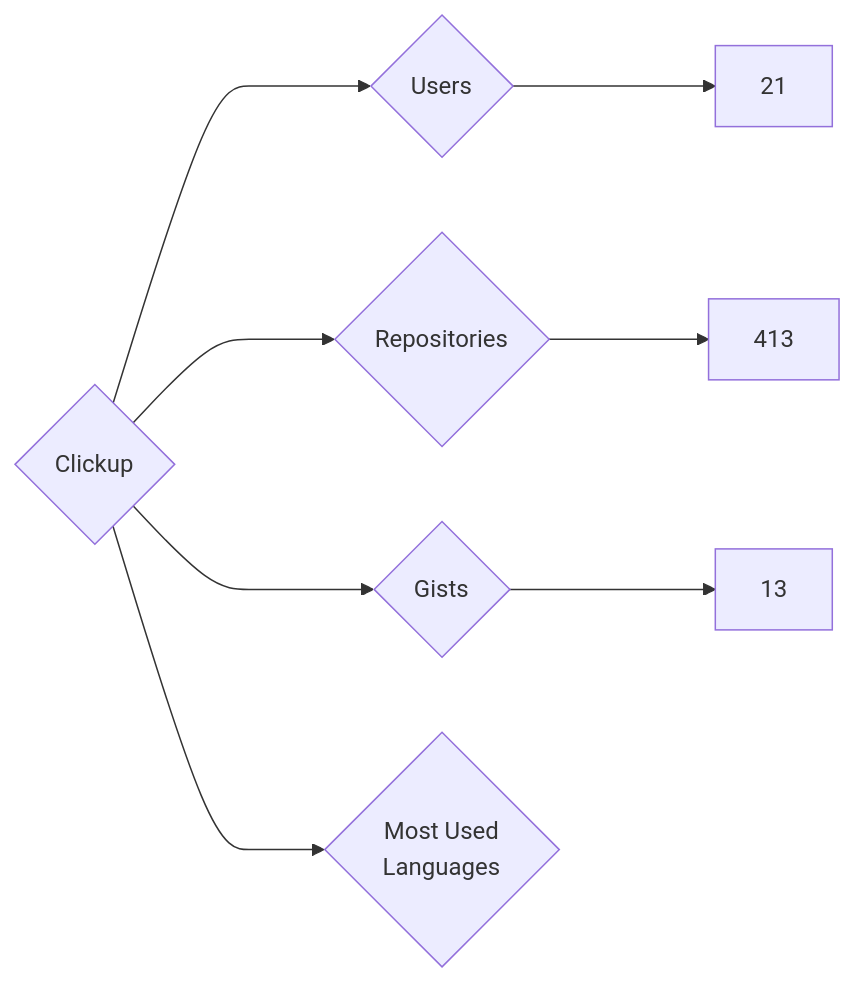
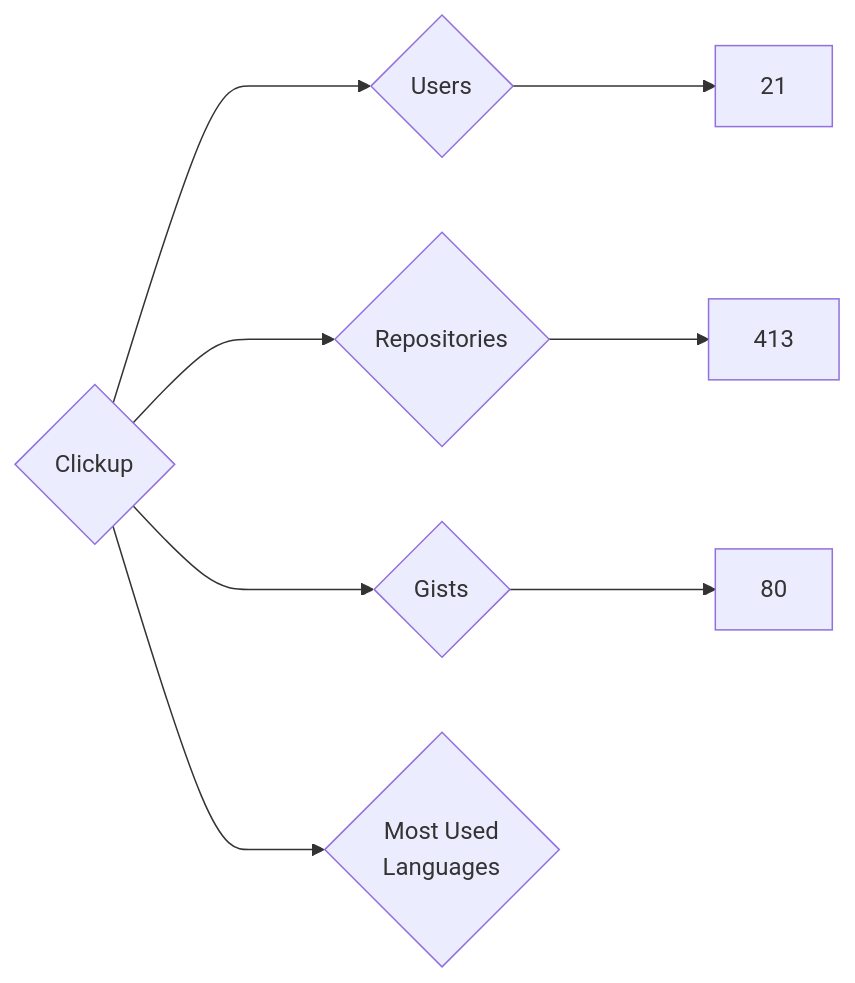
Before and after one commit to nenadzaric/insiders: the diagram in targets/Clickup/README.md, drawn with Mermaid. The commit also changed 1342 other files, not shown here.

````diff
--- a/targets/Clickup/README.md
+++ b/targets/Clickup/README.md
@@ -3,8 +3,8 @@
 ```mermaid
 graph LR
 COMPANY_NAME{Clickup}
 COMPANY_NAME ---> U{Users} ---> UN[21]
 COMPANY_NAME ---> R{Repositories} ---> RN[413]
-COMPANY_NAME ---> G{Gists} ---> GN[13]
+COMPANY_NAME ---> G{Gists} ---> GN[80]
 COMPANY_NAME ---> ML{Most Used<br>Languages}
 ```
````
